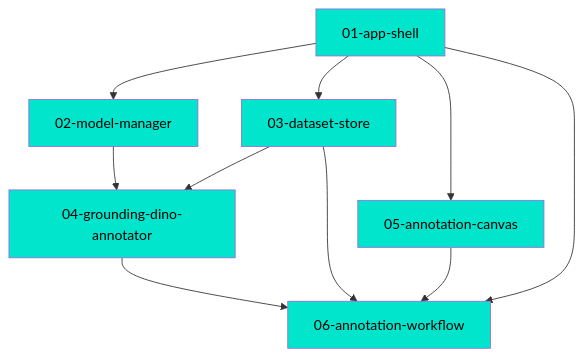
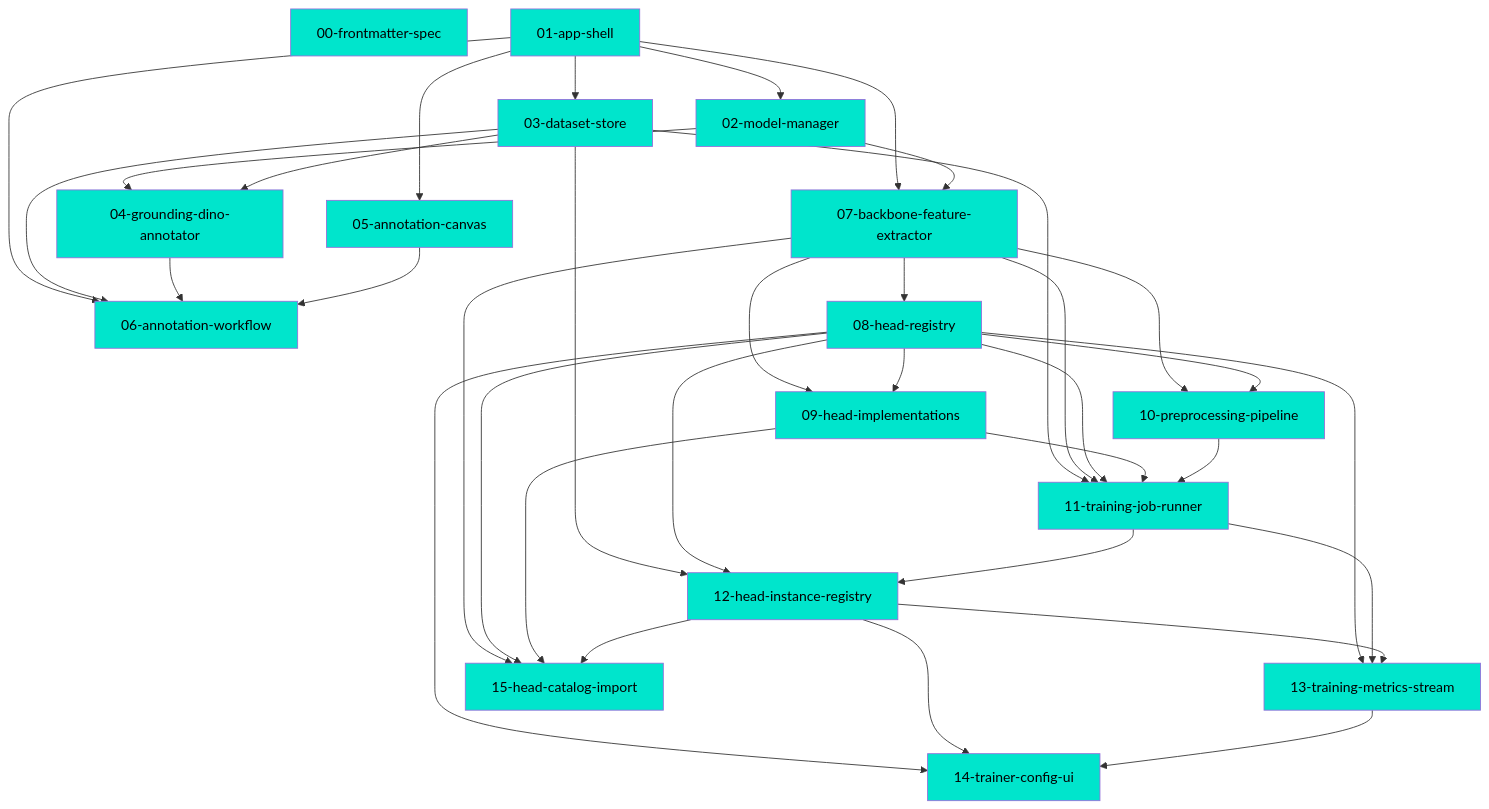
Before and after one commit to JanderHungrige/DinoTraining: the diagram in .mdd/connections.md, drawn with Mermaid. The commit also changed other lines of this file and 35 other files, not shown here.

First line of the commit message:
feat(head-catalog-import): pinned defaults and untrusted community heads

````diff
--- a/.mdd/connections.md
+++ b/.mdd/connections.md
@@ -30,24 +44,57 @@
 ```mermaid
 graph TD
-  shell["01-app-shell"]:::complete
-  models["02-model-manager"]:::complete
-  store["03-dataset-store"]:::complete
-  annot["04-grounding-dino-annotator"]:::complete
-  canvas["05-annotation-canvas"]:::complete
-  flow["06-annotation-workflow"]:::complete
-
-  shell --> models
-  shell --> store
-  shell --> canvas
-  shell --> flow
-  models --> annot
-  store --> annot
-  store --> flow
-  annot --> flow
-  canvas --> flow
-
-  classDef complete fill:#00e5cc,color:#000
-  classDef in_progress fill:#ffaa00,color:#000
-  classDef draft fill:#888,color:#fff
-  classDef deprecated fill:#555,color:#aaa
+    D00["00-frontmatter-spec"]:::complete
+    D01["01-app-shell"]:::complete
+    D02["02-model-manager"]:::complete
+    D03["03-dataset-store"]:::complete
+    D04["04-grounding-dino-annotator"]:::complete
+    D05["05-annotation-canvas"]:::complete
+    D06["06-annotation-workflow"]:::complete
+    D07["07-backbone-feature-extractor"]:::complete
+    D08["08-head-registry"]:::complete
+    D09["09-head-implementations"]:::complete
+    D10["10-preprocessing-pipeline"]:::complete
+    D11["11-training-job-runner"]:::complete
+    D12["12-head-instance-registry"]:::complete
+    D13["13-training-metrics-stream"]:::complete
+    D14["14-trainer-config-ui"]:::complete
+    D15["15-head-catalog-import"]:::complete
+    D01 --> D02
+    D01 --> D03
+    D02 --> D04
+    D03 --> D04
+    D01 --> D05
+    D01 --> D06
+    D03 --> D06
+    D04 --> D06
+    D05 --> D06
+    D01 --> D07
+    D02 --> D07
+    D07 --> D08
+    D07 --> D09
+    D08 --> D09
+    D07 --> D10
+    D08 --> D10
+    D03 --> D11
+    D07 --> D11
+    D08 --> D11
+    D09 --> D11
+    D10 --> D11
+    D03 --> D12
+    D08 --> D12
+    D11 --> D12
+    D08 --> D13
+    D11 --> D13
+    D12 --> D13
+    D08 --> D14
+    D12 --> D14
+    D13 --> D14
+    D07 --> D15
+    D08 --> D15
+    D09 --> D15
+    D12 --> D15
+    classDef complete fill:#00e5cc,color:#000
+    classDef in_progress fill:#ffaa00,color:#000
+    classDef draft fill:#888,color:#fff
+    classDef deprecated fill:#555,color:#aaa
 ```
````
